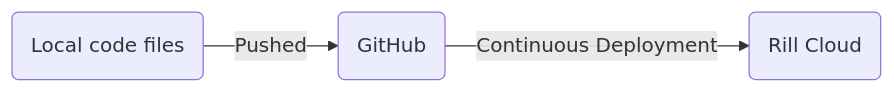
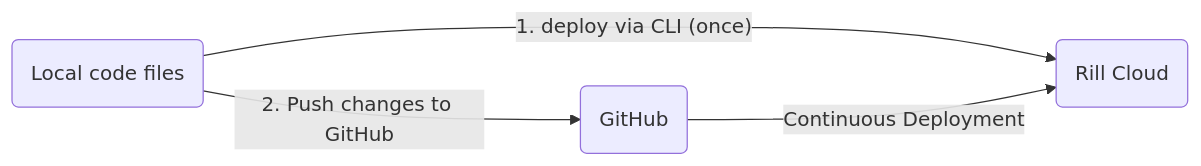
Before and after one commit to rilldata/rill: the second of 2 diagrams in docs/docs/deploy/existing-project/existing-project.md, drawn with Mermaid. The commit also changed other lines of this file and 11 other files, not shown here.

````diff
--- a/docs/docs/deploy/existing-project/existing-project.md
+++ b/docs/docs/deploy/existing-project/existing-project.md
@@ -18,8 +26,11 @@
 ```mermaid
 graph LR;
     A(Local code files);
-    B(GitHub);
-    C(Rill Cloud);
-    A--Pushed -->B;
-    B--Continuous Deployment-->C;
+    B(Rill Cloud);
+    C(GitHub);
+
+
+    A--1. deploy via CLI (once) -->B;
+    C-- Continuous Deployment-->B;
+    A--2. Push changes to GitHub-->C;
 ```
````
